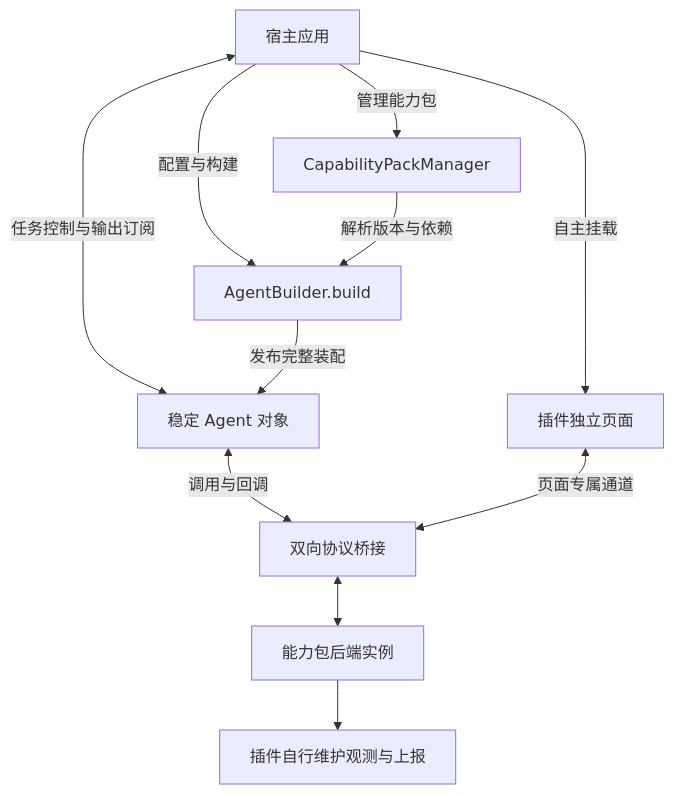
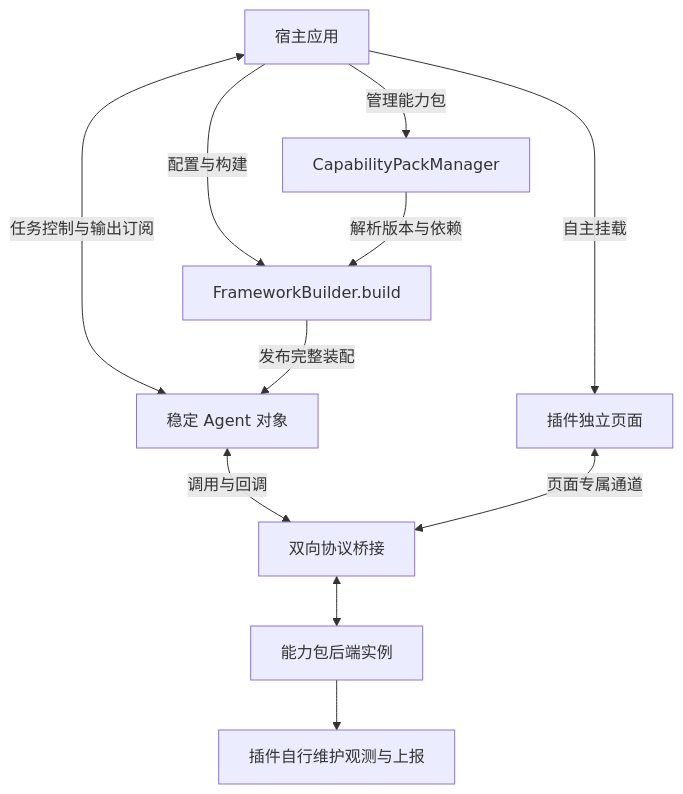
The diagram in docs/动态能力包运行时设计.md (Penglai-Link/eliteforge-agent-framework), drawn with Mermaid before and after one commit. The commit also changed other lines of this file and 97 other files, not shown here.

First line of the commit message:
refactor(framework)!: remove agent-level plugin APIs

````diff
--- a/docs/动态能力包运行时设计.md
+++ b/docs/动态能力包运行时设计.md
@@ -13,14 +13,14 @@
 ```mermaid
 flowchart TB
     H[宿主应用]
     H -->|管理能力包| M[CapabilityPackManager]
-    H -->|配置与构建| A[AgentBuilder.build]
+    H -->|配置与构建| A[FrameworkBuilder.build]
     H <-->|任务控制与输出订阅| R[稳定 Agent 对象]
     H -->|自主挂载| U[插件独立页面]
     M -->|解析版本与依赖| A
     A -->|发布完整装配| R
     R <-->|调用与回调| B[双向协议桥接]
     U <-->|页面专属通道| B
     B <--> P[能力包后端实例]
     P --> T[插件自行维护观测与上报]
 ```
````
